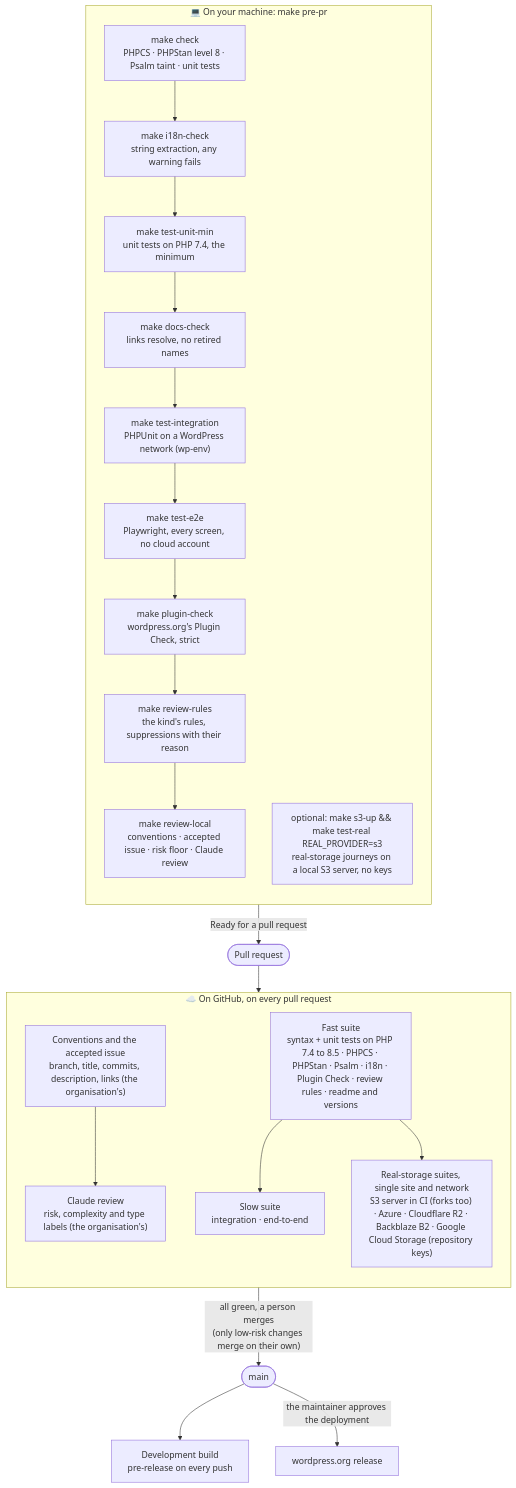
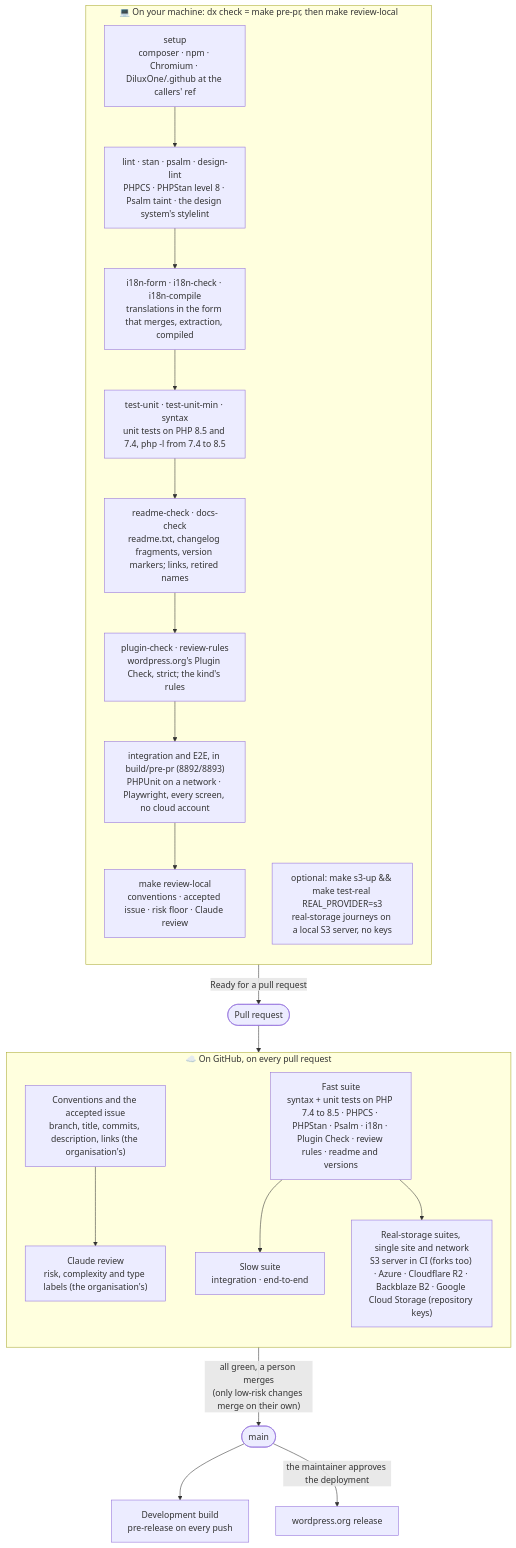
Before and after one commit to DiluxOne/diluxone-offload-wordpress: the diagram in README.md, drawn with Mermaid. The commit also changed other lines of this file and 8 other files, not shown here.

First line of the commit message:
ci: ci: a self-sufficient make pre-pr (part of DiluxOne/.github#479) (#118)

````diff
--- a/README.md
+++ b/README.md
@@ -95,36 +97,35 @@
 ```mermaid
 flowchart TB
-    subgraph LOCAL["💻 On your machine: make pre-pr"]
+    subgraph LOCAL["💻 On your machine: dx check = make pre-pr, then make review-local"]
         direction TB
-        L1["make check<br/>PHPCS · PHPStan level 8 · Psalm taint · unit tests"]
-        L1b["make i18n-check<br/>string extraction, any warning fails"]
-        L2["make test-unit-min<br/>unit tests on PHP 7.4, the minimum"]
-        L3["make docs-check<br/>links resolve, no retired names"]
-        L4["make test-integration<br/>PHPUnit on a WordPress network (wp-env)"]
-        L5["make test-e2e<br/>Playwright, every screen, no cloud account"]
-        L6["make plugin-check<br/>wordpress.org's Plugin Check, strict"]
-        L6b["make review-rules<br/>the kind's rules, suppressions with their reason"]
+        L0["setup<br/>composer · npm · Chromium · DiluxOne/.github at the callers' ref"]
+        L1["lint · stan · psalm · design-lint<br/>PHPCS · PHPStan level 8 · Psalm taint · the design system's stylelint"]
+        L1b["i18n-form · i18n-check · i18n-compile<br/>translations in the form that merges, extraction, compiled"]
+        L2["test-unit · test-unit-min · syntax<br/>unit tests on PHP 8.5 and 7.4, php -l from 7.4 to 8.5"]
+        L3["readme-check · docs-check<br/>readme.txt, changelog fragments, version markers; links, retired names"]
+        L6["plugin-check · review-rules<br/>wordpress.org's Plugin Check, strict; the kind's rules"]
+        L5["integration and E2E, in build/pre-pr (8892/8893)<br/>PHPUnit on a network · Playwright, every screen, no cloud account"]
         L7["make review-local<br/>conventions · accepted issue · risk floor · Claude review"]
-        L1 --> L1b --> L2 --> L3 --> L4 --> L5 --> L6 --> L6b --> L7
+        L0 --> L1 --> L1b --> L2 --> L3 --> L6 --> L5 --> L7
         L8["optional: make s3-up && make test-real REAL_PROVIDER=s3<br/>real-storage journeys on a local S3 server, no keys"]
     end
 
     L7 -->|"Ready for a pull request"| PR(["Pull request"])
 
     subgraph CI["☁️ On GitHub, on every pull request"]
         direction TB
         C1["Conventions and the accepted issue<br/>branch, title, commits, description, links (the organisation's)"]
         C3["Claude review<br/>risk, complexity and type labels (the organisation's)"]
         C2["Fast suite<br/>syntax + unit tests on PHP 7.4 to 8.5 · PHPCS · PHPStan · Psalm · i18n · Plugin Check · review rules · readme and versions"]
         C4["Slow suite<br/>integration · end-to-end"]
         C5["Real-storage suites, single site and network<br/>S3 server in CI (forks too) · Azure · Cloudflare R2 · Backblaze B2 · Google Cloud Storage (repository keys)"]
         C1 --> C3
         C2 --> C4
         C2 --> C5
     end
 
     PR --> CI
     CI -->|"all green, a person merges<br/>(only low-risk changes merge on their own)"| MAIN(["main"])
     MAIN --> DEV["Development build<br/>pre-release on every push"]
     MAIN -->|"the maintainer approves the deployment"| WPORG["wordpress.org release"]
 ```
````
